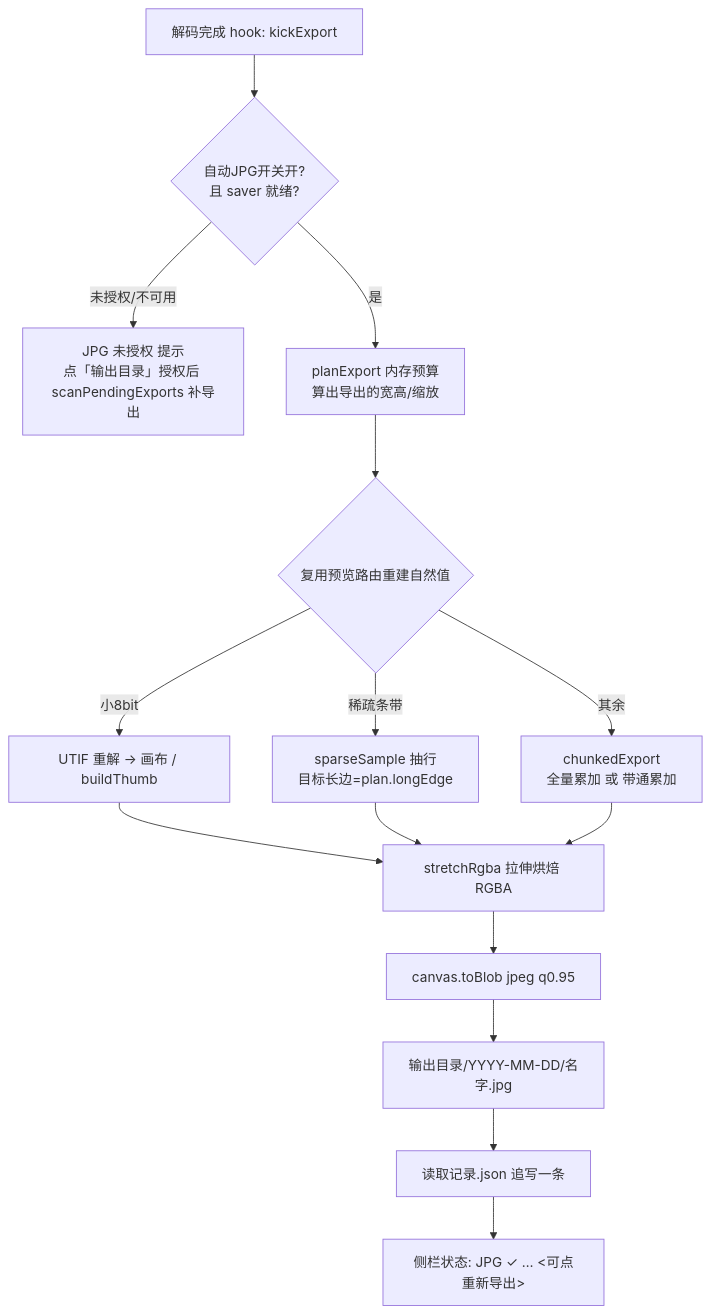
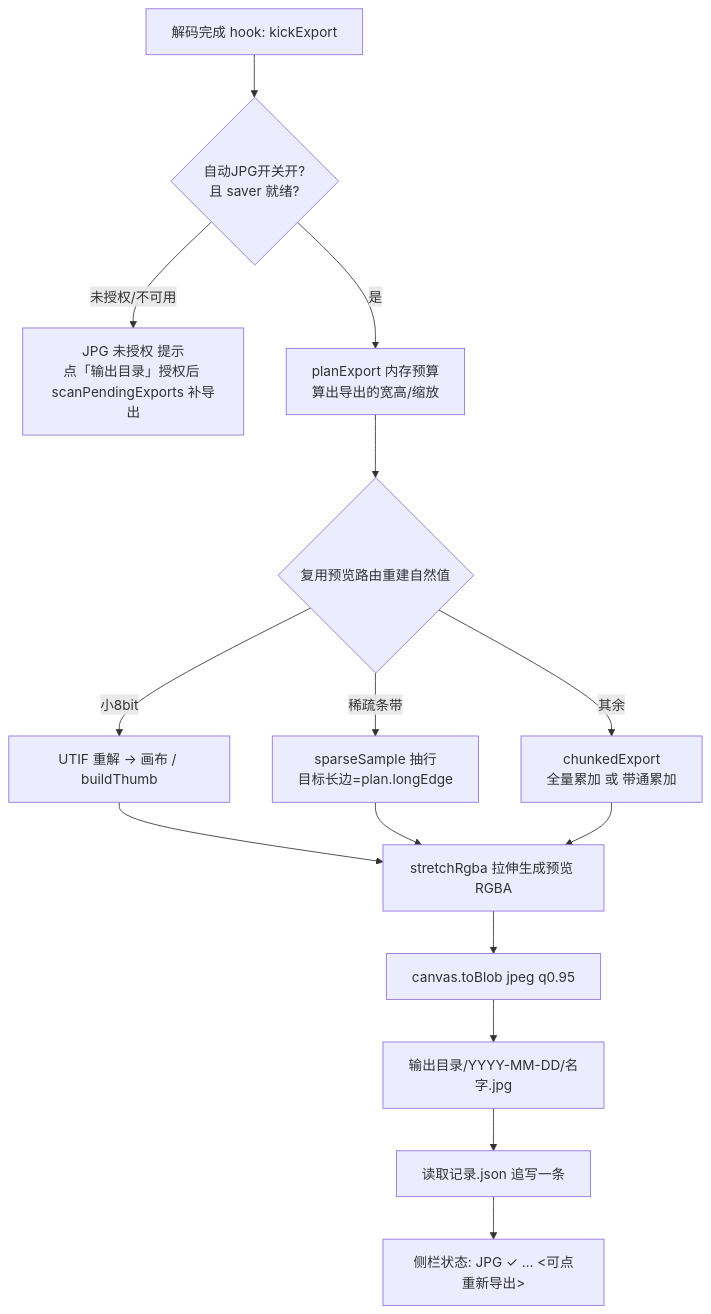
Before and after one commit to Jason001028/sr_agent_platform: the second of 2 diagrams in docs/knowledge/jpg-export-background.md, drawn with Mermaid. The commit also changed other lines of this file and 99 other files, not shown here.

````diff
--- a/docs/knowledge/jpg-export-background.md
+++ b/docs/knowledge/jpg-export-background.md
@@ -159,17 +159,17 @@
 ```mermaid
 flowchart TD
     A[解码完成 hook: kickExport] --> B{自动JPG开关开?<br/>且 saver 就绪?}
     B -- 未授权/不可用 --> Z[JPG 未授权 提示<br/>点「输出目录」授权后 scanPendingExports 补导出]
     B -- 是 --> C[planExport 内存预算<br/>算出导出的宽高/缩放]
     C --> D{复用预览路由重建自然值}
     D -- 小8bit --> E[UTIF 重解 → 画布 / buildThumb]
     D -- 稀疏条带 --> F[sparseSample 抽行<br/>目标长边=plan.longEdge]
     D -- 其余 --> G[chunkedExport<br/>全量累加 或 带通累加]
-    E --> H[stretchRgba 拉伸烘焙 RGBA]
+    E --> H[stretchRgba 拉伸生成预览 RGBA]
     F --> H
     G --> H
     H --> I[canvas.toBlob jpeg q0.95]
     I --> J[输出目录/YYYY-MM-DD/名字.jpg]
     J --> K[读取记录.json 追写一条]
     K --> L[侧栏状态: JPG ✓ … <可点重新导出>]
 ```
````
